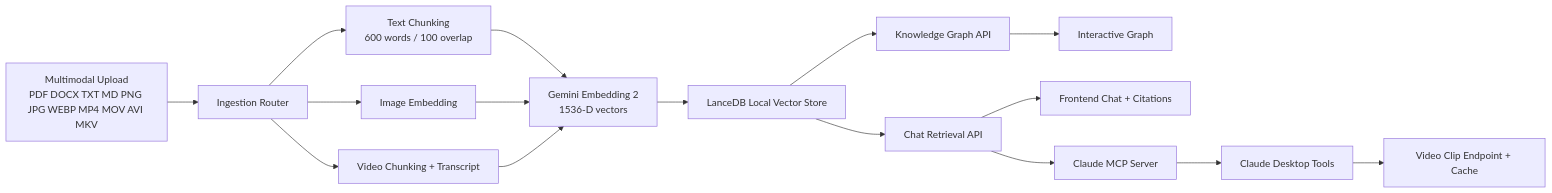
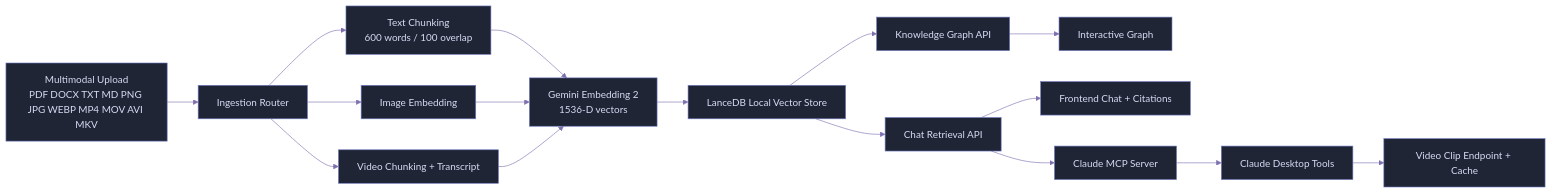
Before and after one commit to officialadityadesai/yoursecondbrain: the diagram in README.md, drawn with Mermaid. The commit also changed other lines of this file, not shown here.

````diff
--- a/README.md
+++ b/README.md
@@ -87,18 +102,19 @@
 ```mermaid
+%%{init: {'theme': 'base', 'themeVariables': {'primaryColor': '#1F2535', 'primaryTextColor': '#D7DBF4', 'primaryBorderColor': '#6E78BF', 'lineColor': '#7E6FAF', 'secondaryColor': '#181C27', 'tertiaryColor': '#12151C', 'background': '#0B0D12'}}}%%
 flowchart LR
                 A[Multimodal Upload<br/>PDF DOCX TXT MD PNG JPG WEBP MP4 MOV AVI MKV] --> B[Ingestion Router]
                 B --> C[Text Chunking<br/>600 words / 100 overlap]
                 B --> D[Image Embedding]
                 B --> E[Video Chunking + Transcript]
                 C --> F[Gemini Embedding 2<br/>1536-D vectors]
                 D --> F
                 E --> F
                 F --> G[LanceDB Local Vector Store]
                 G --> H[Knowledge Graph API]
                 G --> I[Chat Retrieval API]
                 I --> J[Frontend Chat + Citations]
                 H --> K[Interactive Graph]
                 I --> L[Claude MCP Server]
                 L --> M[Claude Desktop Tools]
                 M --> N[Video Clip Endpoint + Cache]
 ```
````
